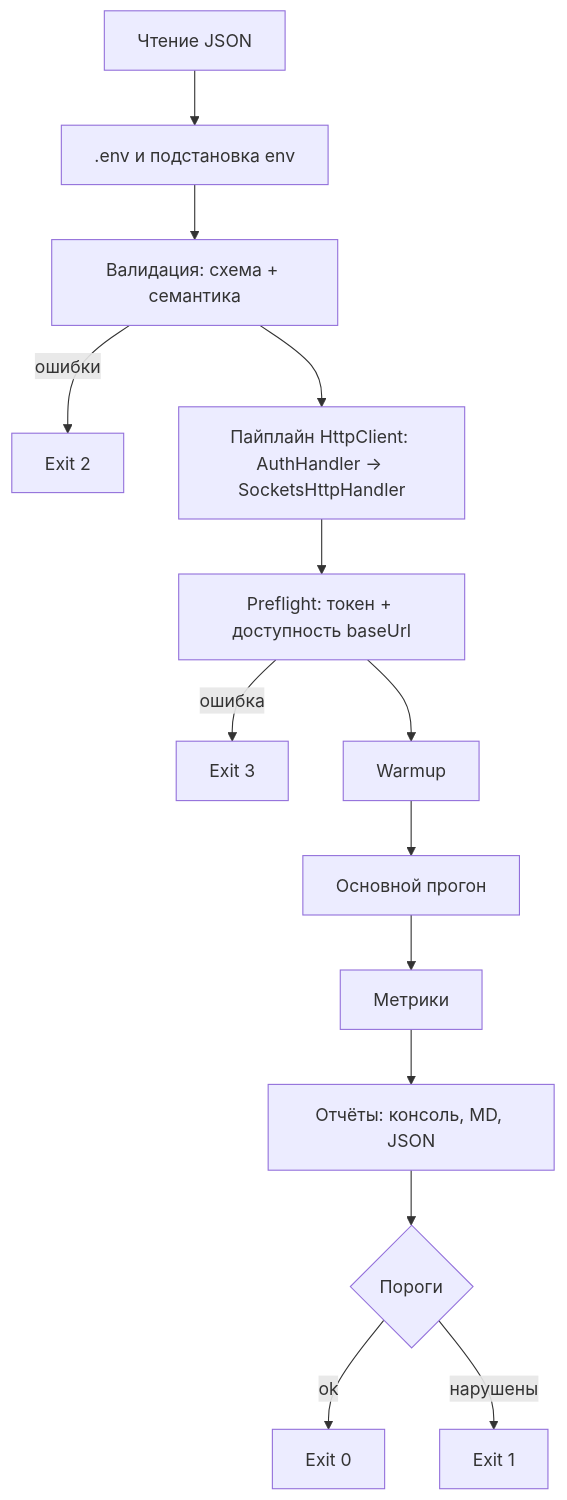
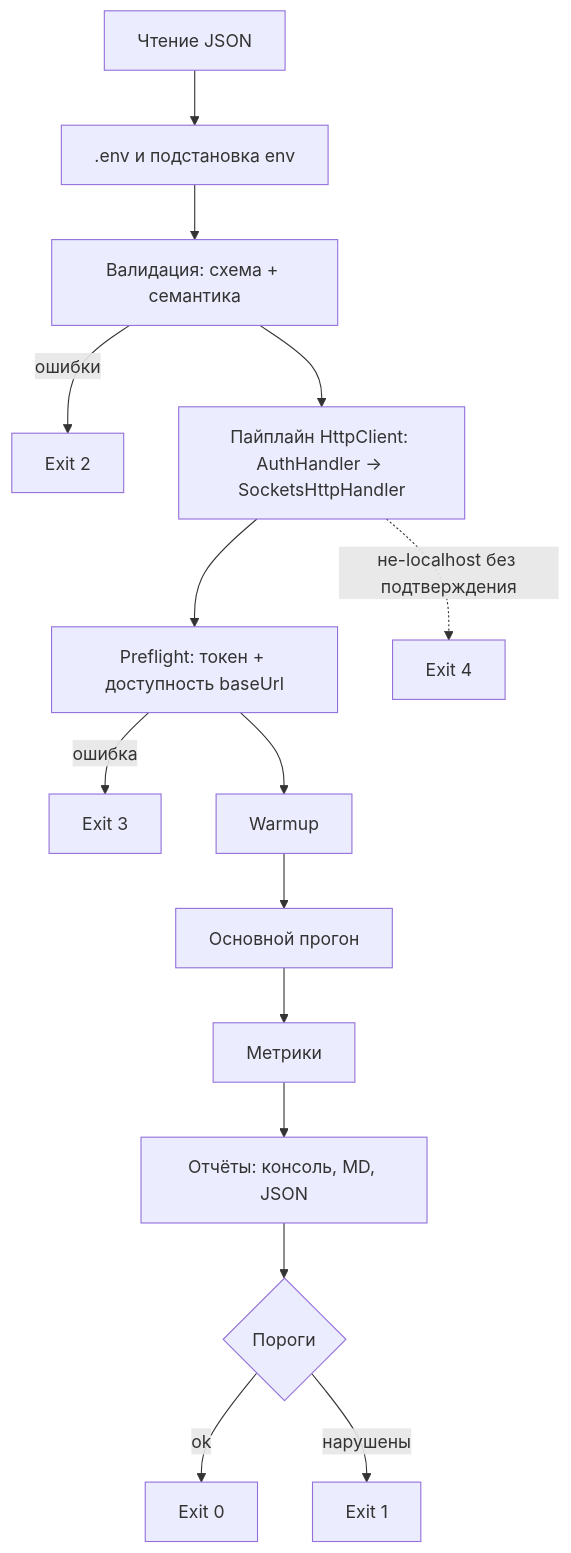
Before and after one commit to zhiganik/LoadKit: the second of 2 diagrams in docs/architecture/OVERVIEW.md, drawn with Mermaid. The commit also changed other lines of this file and 19 other files, not shown here.

````diff
--- a/docs/architecture/OVERVIEW.md
+++ b/docs/architecture/OVERVIEW.md
@@ -50,16 +50,17 @@
 ```mermaid
 flowchart TD
     A[Чтение JSON] --> B[.env и подстановка env]
     B --> C[Валидация: схема + семантика]
     C -->|ошибки| X2[Exit 2]
     C --> D[Пайплайн HttpClient: AuthHandler → SocketsHttpHandler]
     D --> E[Preflight: токен + доступность baseUrl]
     E -->|ошибка| X3[Exit 3]
     E --> F[Warmup]
     F --> G[Основной прогон]
     G --> H[Метрики]
     H --> I[Отчёты: консоль, MD, JSON]
     I --> J{Пороги}
     J -->|ok| X0[Exit 0]
     J -->|нарушены| X1[Exit 1]
+    D -.->|не-localhost без подтверждения| X4[Exit 4]
 ```
````
